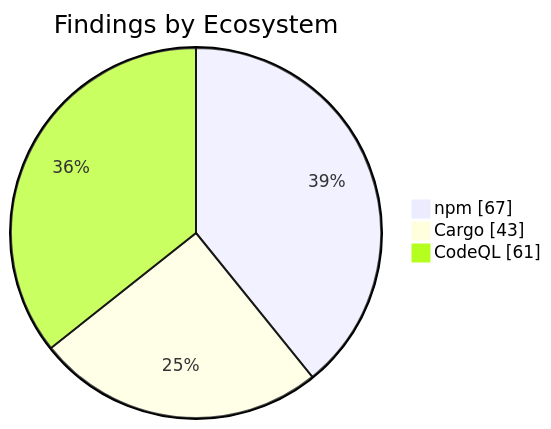
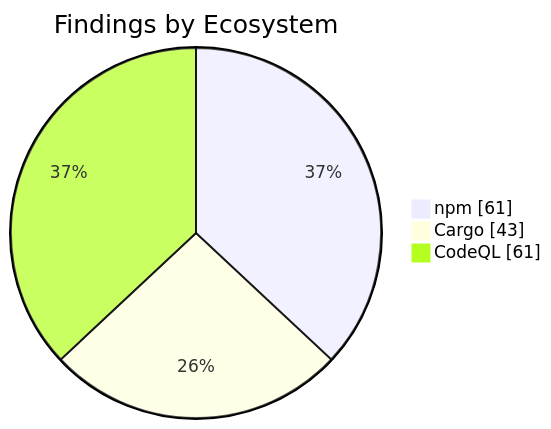
The second of 2 diagrams in apps/kbve/astro-kbve/src/content/docs/dashboard/security.mdx (KBVE/kbve), drawn with Mermaid before and after one commit. The commit also changed other lines of this file and 8 other files, not shown here.

````diff
--- a/apps/kbve/astro-kbve/src/content/docs/dashboard/security.mdx
+++ b/apps/kbve/astro-kbve/src/content/docs/dashboard/security.mdx
@@ -73,7 +73,7 @@
 ```mermaid
 pie showData
     title Findings by Ecosystem
-    "npm" : 67
+    "npm" : 61
     "Cargo" : 43
     "CodeQL" : 61
 ```
````
